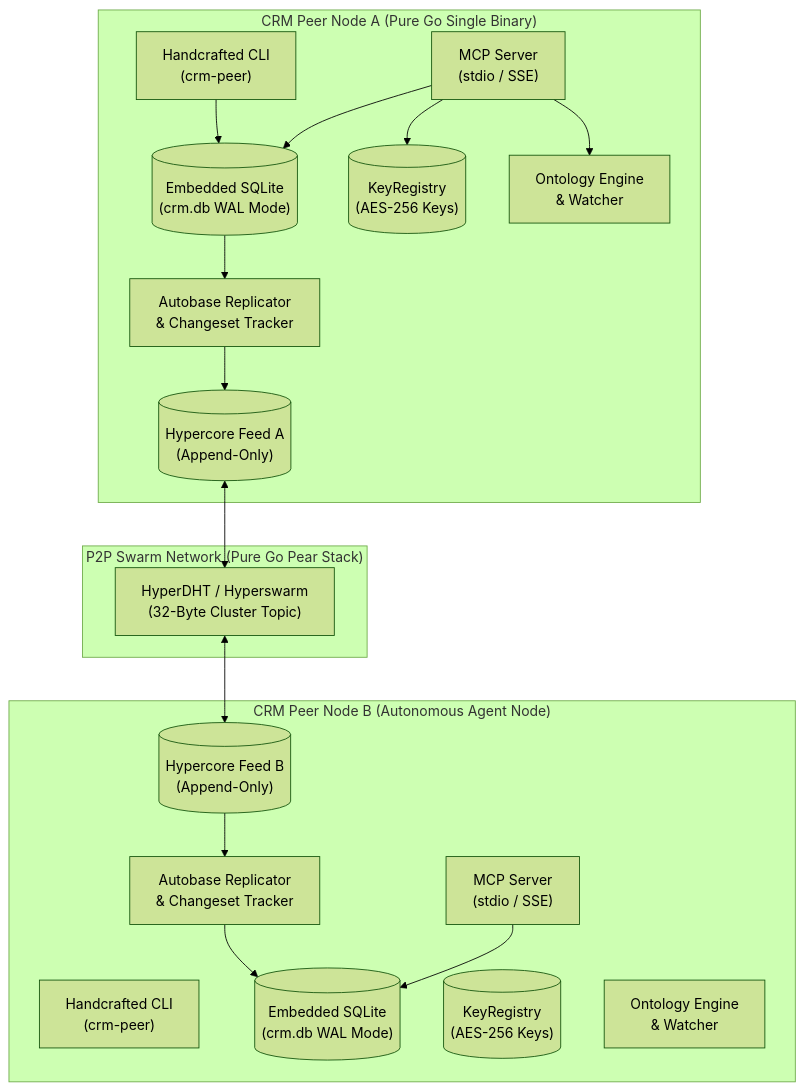
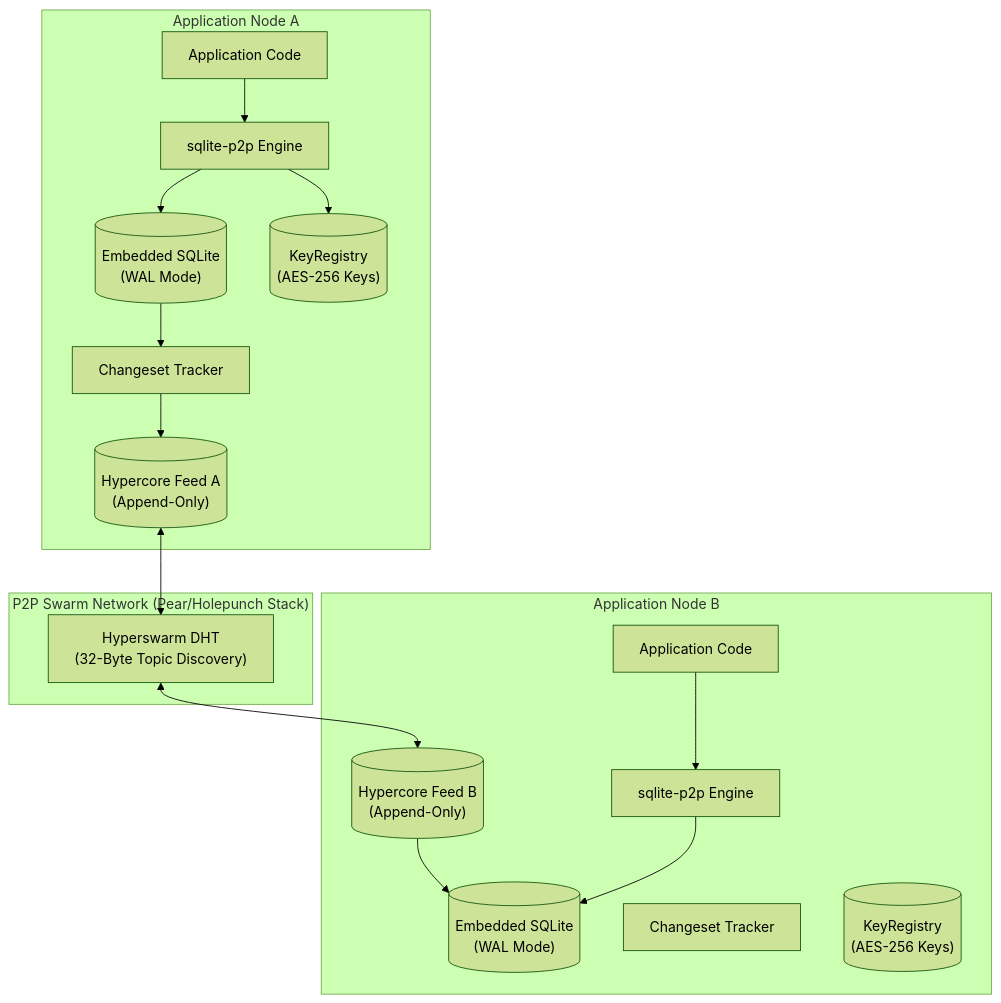
The diagram in ARCHITECTURE.md (innomon/sqlite-p2p), drawn with Mermaid (forest theme) before and after one commit. The commit also changed other lines of this file and 1 other file, not shown here.

Commit message:
docs: Synchronize dedicated README.md and ARCHITECTURE.md for sqlite-p2p

````diff
--- a/ARCHITECTURE.md
+++ b/ARCHITECTURE.md
@@ -14,38 +14,35 @@
 ```mermaid
 flowchart TD
-    subgraph NodeA["CRM Peer Node A (Pure Go Single Binary)"]
-        CLIA["Handcrafted CLI<br/>(crm-peer)"]
-        MCPA["MCP Server<br/>(stdio / SSE)"]
-        DBA[("Embedded SQLite<br/>(crm.db WAL Mode)")]
+    subgraph AppNodeA["Application Node A"]
+        APP_A["Application Code"]
+        ENGINE_A["sqlite-p2p Engine"]
+        DBA[("Embedded SQLite<br/>(WAL Mode)")]
+        TRACKER_A["Changeset Tracker"]
+        FEED_A[("Hypercore Feed A<br/>(Append-Only)")]
         KRA[("KeyRegistry<br/>(AES-256 Keys)")]
-        ONTOA["Ontology Engine<br/>& Watcher"]
-        REPA["Autobase Replicator<br/>& Changeset Tracker"]
-        FEED_A[("Hypercore Feed A<br/>(Append-Only)")]
     end
 
-    subgraph NodeB["CRM Peer Node B (Autonomous Agent Node)"]
-        CLIB["Handcrafted CLI<br/>(crm-peer)"]
-        MCPB["MCP Server<br/>(stdio / SSE)"]
-        DBB[("Embedded SQLite<br/>(crm.db WAL Mode)")]
+    subgraph AppNodeB["Application Node B"]
+        APP_B["Application Code"]
+        ENGINE_B["sqlite-p2p Engine"]
+        DBB[("Embedded SQLite<br/>(WAL Mode)")]
+        TRACKER_B["Changeset Tracker"]
+        FEED_B[("Hypercore Feed B<br/>(Append-Only)")]
         KRB[("KeyRegistry<br/>(AES-256 Keys)")]
-        ONTOB["Ontology Engine<br/>& Watcher"]
-        REPB["Autobase Replicator<br/>& Changeset Tracker"]
-        FEED_B[("Hypercore Feed B<br/>(Append-Only)")]
     end
 
-    subgraph P2P["P2P Swarm Network (Pure Go Pear Stack)"]
-        DHT["HyperDHT / Hyperswarm<br/>(32-Byte Cluster Topic)"]
+    subgraph P2P["P2P Swarm Network (Pear/Holepunch Stack)"]
+        DHT["Hyperswarm DHT<br/>(32-Byte Topic Discovery)"]
     end
 
-    CLIA --> DBA
-    MCPA --> DBA
-    MCPA --> KRA
-    MCPA --> ONTOA
-    DBA --> REPA
-    REPA --> FEED_A
+    APP_A --> ENGINE_A
+    ENGINE_A --> DBA
+    ENGINE_A --> KRA
+    DBA --> TRACKER_A
+    TRACKER_A --> FEED_A
     FEED_A <--> DHT
     DHT <--> FEED_B
-    FEED_B --> REPB
-    REPB --> DBB
-    MCPB --> DBB
+    FEED_B --> DBB
+    ENGINE_B --> DBB
+    APP_B --> ENGINE_B
 ```
````
